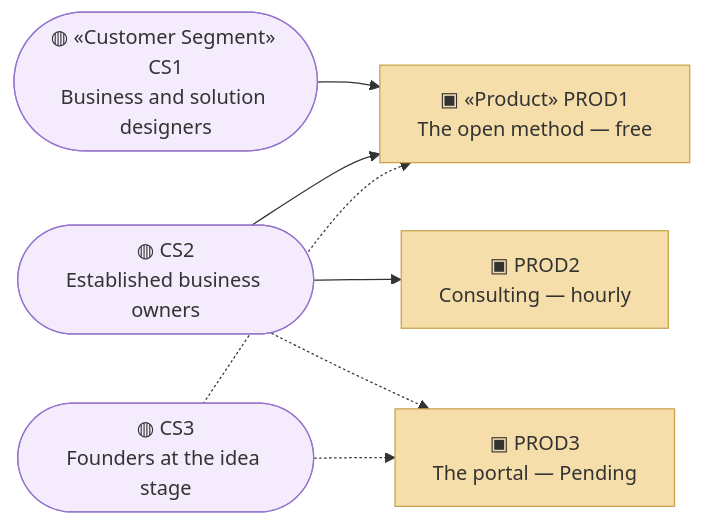
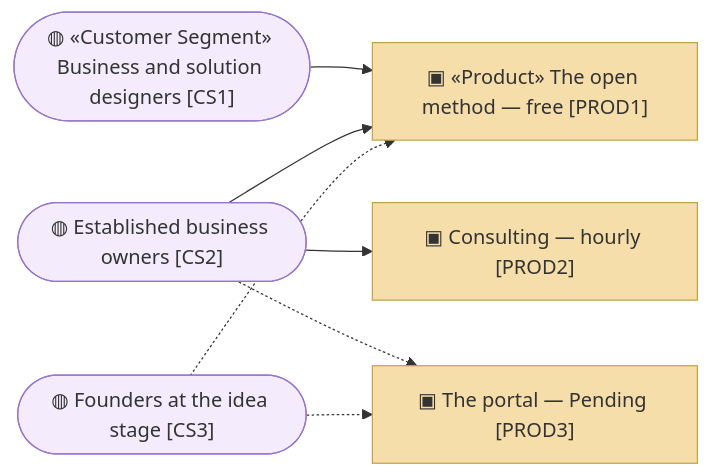
Before and after one commit to roanboc/architecture-archreator: the second of 6 diagrams in org-archreator/architecture/0_business-design/1_value-proposition-canvas.md, drawn with Mermaid. The commit also changed other lines of this file and 38 other files, not shown here.

````diff
--- a/org-archreator/architecture/0_business-design/1_value-proposition-canvas.md
+++ b/org-archreator/architecture/0_business-design/1_value-proposition-canvas.md
@@ -79,20 +79,20 @@
 ```mermaid
 flowchart LR
-  cs1(["◍ «Customer Segment» CS1<br>Business and solution designers"]):::segment
-  cs2(["◍ CS2<br>Established business owners"]):::segment
-  cs3(["◍ CS3<br>Founders at the idea stage"]):::segment
+  cs1(["◍ «Customer Segment» Business and solution designers [CS1]"]):::segment
+  cs2(["◍ Established business owners [CS2]"]):::segment
+  cs3(["◍ Founders at the idea stage [CS3]"]):::segment
 
-  prod1["▣ «Product» PROD1<br>The open method — free"]:::product
-  prod2["▣ PROD2<br>Consulting — hourly"]:::product
-  prod3["▣ PROD3<br>The portal — Pending"]:::product
+  prod1["▣ «Product» The open method — free [PROD1]"]:::product
+  prod2["▣ Consulting — hourly [PROD2]"]:::product
+  prod3["▣ The portal — Pending [PROD3]"]:::product
 
   cs1 --> prod1
   cs2 --> prod1
   cs2 --> prod2
   cs3 -.-> prod1
   cs2 -.-> prod3
   cs3 -.-> prod3
 
   classDef segment fill:#f4ecfc,stroke:#9575cd,color:#333
   classDef product fill:#f5deaa,stroke:#c8a24a,color:#333
 ```
````
